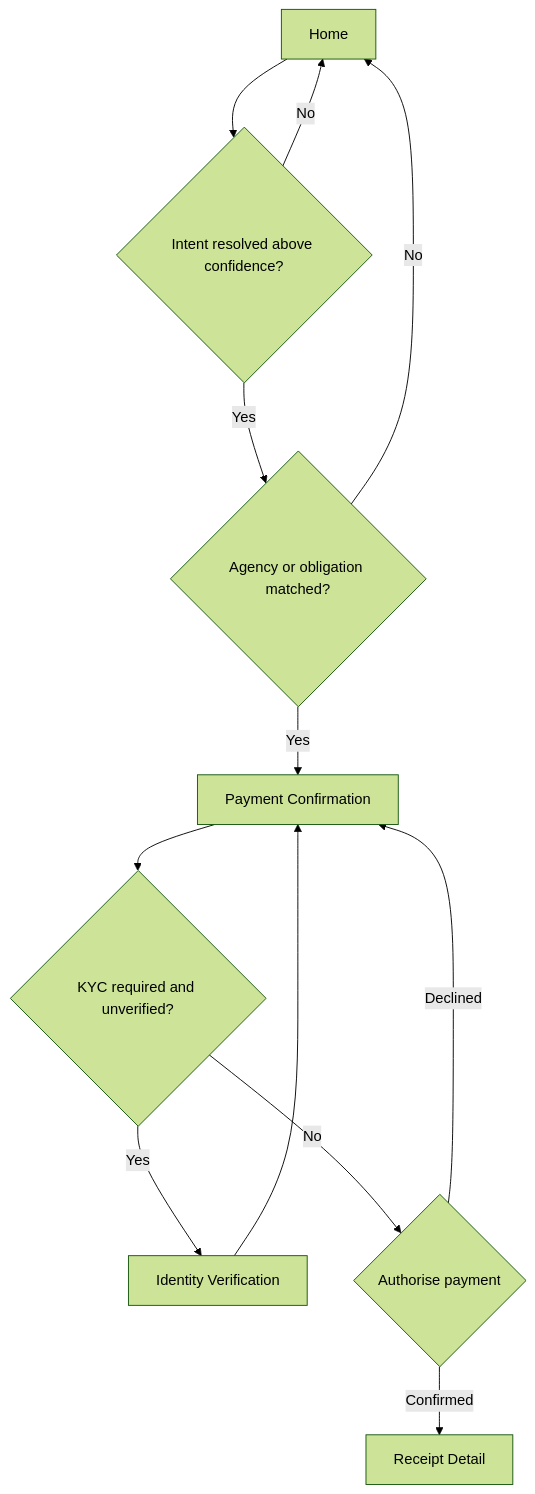
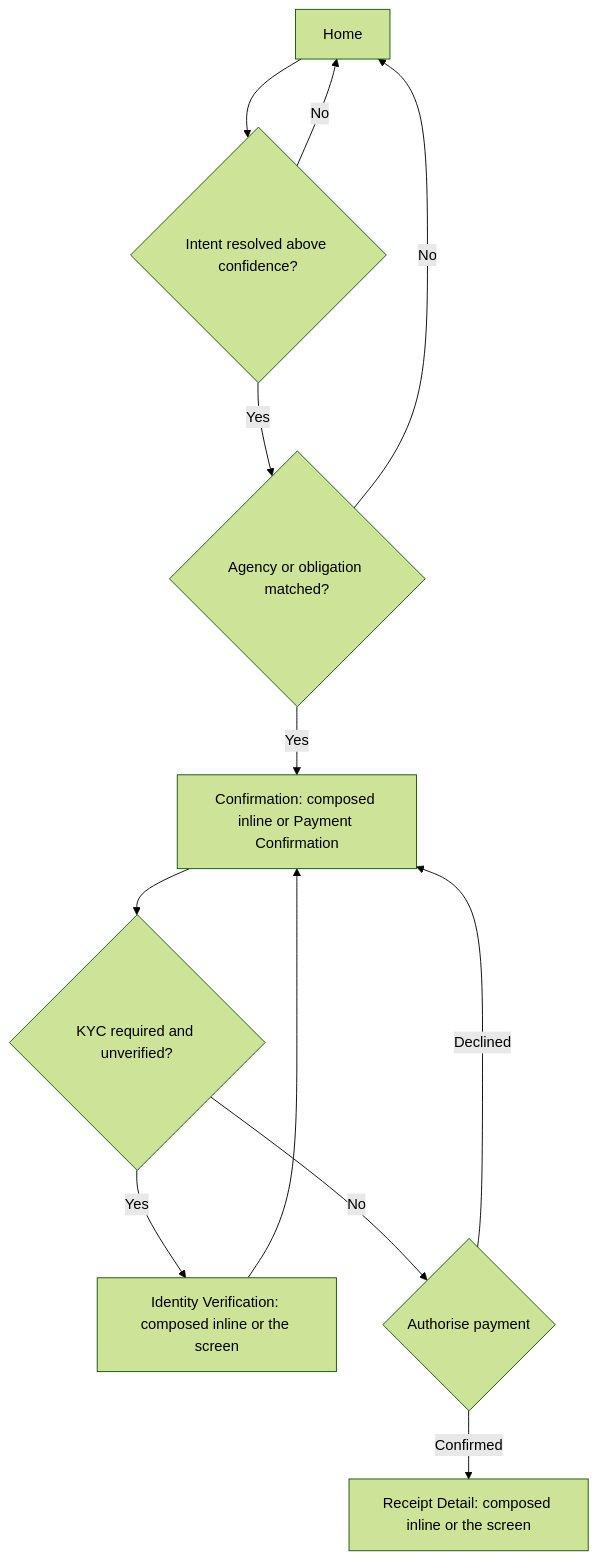
Before and after one commit to vanguard-op/sabi-docs: the second of 9 diagrams in Sabi/user-flow.md, drawn with Mermaid (forest theme). The commit also changed other lines of this file and 10 other files, not shown here.

````diff
--- a/Sabi/user-flow.md
+++ b/Sabi/user-flow.md
@@ -88,14 +89,14 @@
 ```mermaid
 graph TD
     Home[Home] --> A{Intent resolved above confidence?}
     A -->|No| Home
     A -->|Yes| B{Agency or obligation matched?}
     B -->|No| Home
-    B -->|Yes| C[Payment Confirmation]
+    B -->|Yes| C[Confirmation: composed inline or Payment Confirmation]
     C --> D{KYC required and unverified?}
-    D -->|Yes| V[Identity Verification]
+    D -->|Yes| V[Identity Verification: composed inline or the screen]
     V --> C
     D -->|No| E{Authorise payment}
-    E -->|Confirmed| G[Receipt Detail]
+    E -->|Confirmed| G[Receipt Detail: composed inline or the screen]
     E -->|Declined| C
 ```
````
